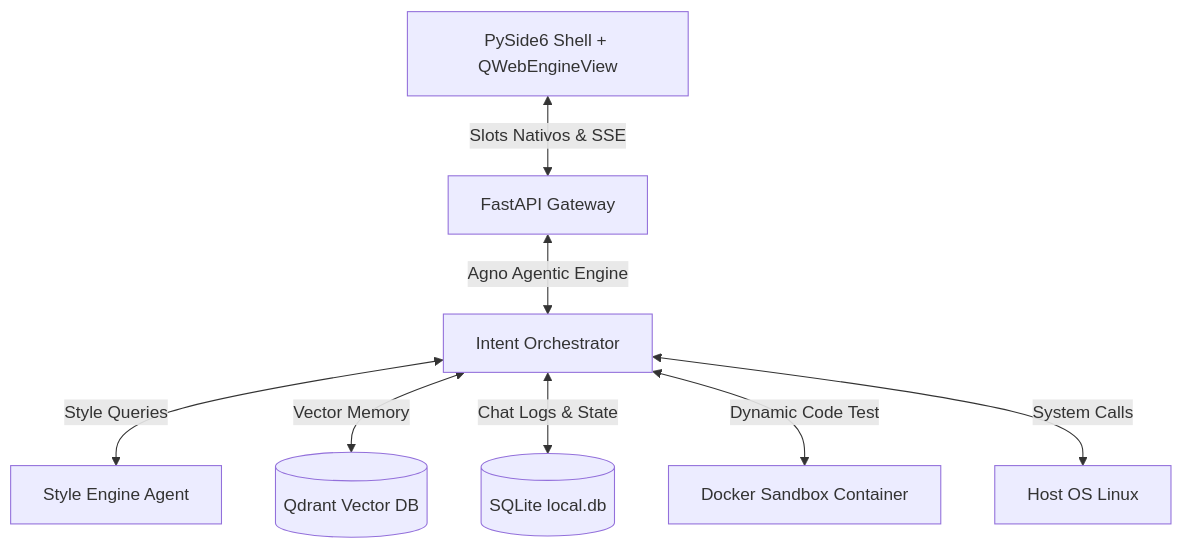
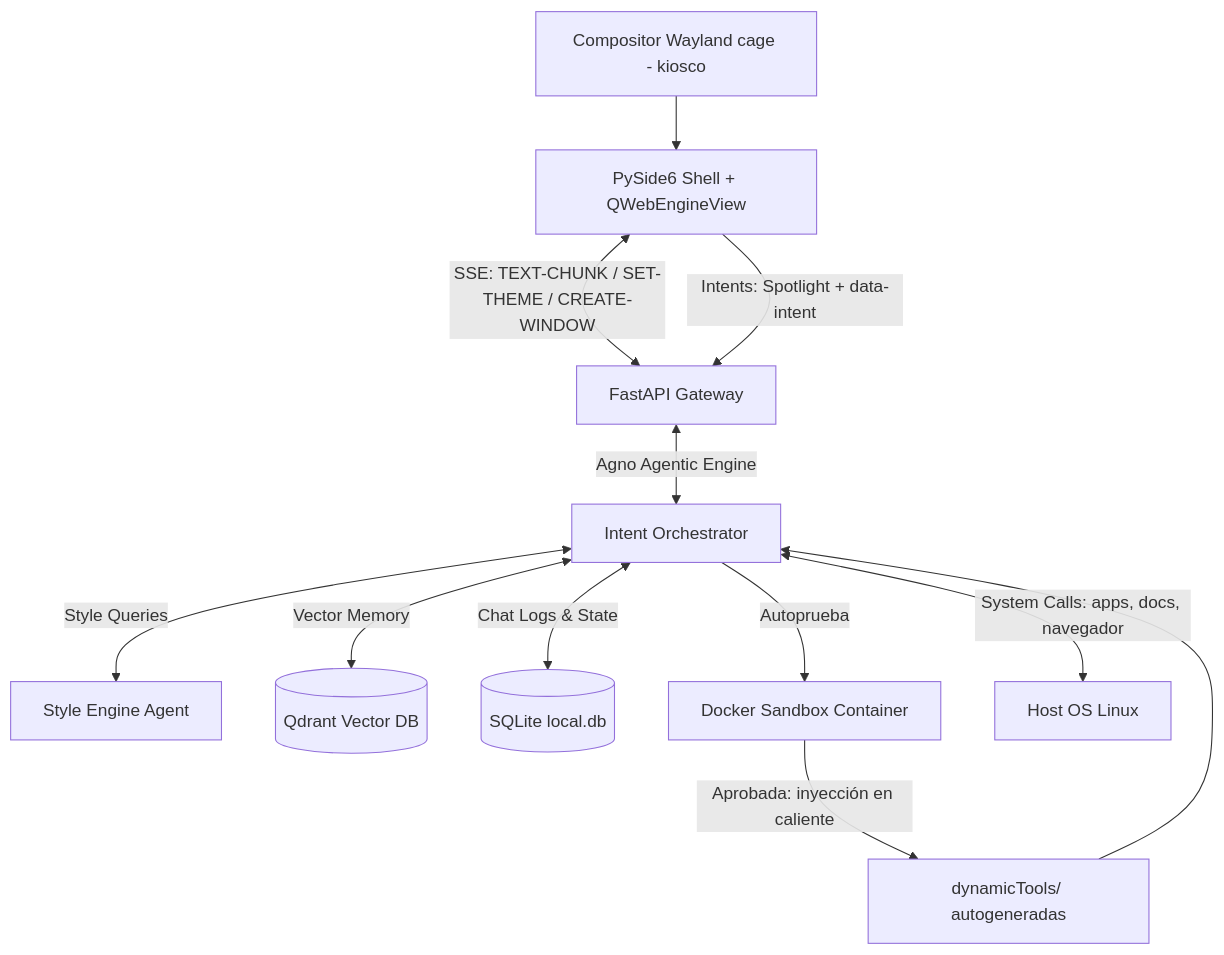
Before and after one commit to davidzeus/agnux: the second of 2 diagrams in README.md, drawn with Mermaid. The commit also changed other lines of this file, not shown here.

````diff
--- a/README.md
+++ b/README.md
@@ -140,10 +152,14 @@
 ```mermaid
 graph TD
-    UI[PySide6 Shell + QWebEngineView] <-->|Slots Nativos & SSE| Backend[FastAPI Gateway]
+    Cage[Compositor Wayland cage - kiosco] --> UI[PySide6 Shell + QWebEngineView]
+    UI <-->|SSE: TEXT-CHUNK / SET-THEME / CREATE-WINDOW| Backend[FastAPI Gateway]
+    UI -->|Intents: Spotlight + data-intent| Backend
     Backend <-->|Agno Agentic Engine| Orchestrator[Intent Orchestrator]
     Orchestrator <-->|Style Queries| StyleEngine[Style Engine Agent]
     Orchestrator <-->|Vector Memory| Qdrant[(Qdrant Vector DB)]
     Orchestrator <-->|Chat Logs & State| SQLite[(SQLite local.db)]
-    Orchestrator <-->|Dynamic Code Test| Sandbox[Docker Sandbox Container]
-    Orchestrator <-->|System Calls| HostOS[Host OS Linux]
+    Orchestrator -->|Autoprueba| Sandbox[Docker Sandbox Container]
+    Sandbox -->|Aprobada: inyección en caliente| DynamicTools[dynamicTools/ autogeneradas]
+    DynamicTools --> Orchestrator
+    Orchestrator <-->|System Calls: apps, docs, navegador| HostOS[Host OS Linux]
 ```
````
